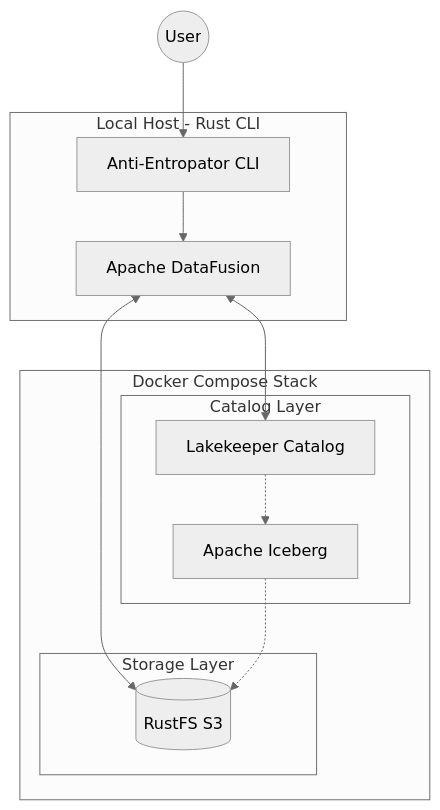
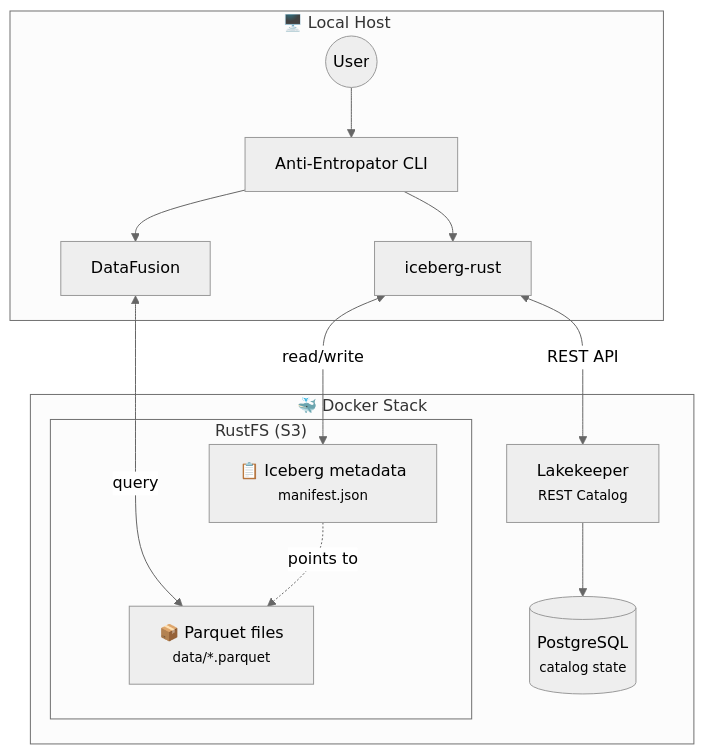
Before and after one commit to sm4rtm4art/anti_entropator: the diagram in README.md, drawn with Mermaid (neutral theme). The commit also changed other lines of this file, not shown here.

Commit message:
feat: fix Iceberg ingest pipeline...

````diff
--- a/README.md
+++ b/README.md
@@ -22,25 +22,28 @@
 ```mermaid
-flowchart TD
-    subgraph client [Local Host - Rust CLI]
-        CLI[Anti-Entropator CLI]
-        DF[Apache DataFusion]
+flowchart TB
+    subgraph local ["🖥️ Local Host"]
+        User((User))
+        CLI["Anti-Entropator CLI"]
+        ICE["iceberg-rust"]
+        DF["DataFusion"]
     end
 
-    subgraph stack [Docker Compose Stack]
-        subgraph catalog [Catalog Layer]
-            Lakekeeper[Lakekeeper Catalog]
-            Iceberg[Apache Iceberg]
-        end
-
-        subgraph storage [Storage Layer]
-            RustFS[(RustFS S3)]
+    subgraph docker ["🐳 Docker Stack"]
+        LK["Lakekeeper<br/><small>REST Catalog</small>"]
+        PG[("PostgreSQL<br/><small>catalog state</small>")]
+        
+        subgraph rustfs ["RustFS (S3)"]
+            META["📋 Iceberg metadata<br/><small>manifest.json</small>"]
+            DATA["📦 Parquet files<br/><small>data/*.parquet</small>"]
         end
     end
 
-    User((User)) --> CLI
+    User --> CLI
+    CLI --> ICE
     CLI --> DF
-    DF <--> RustFS
-    DF <--> Lakekeeper
-    Lakekeeper -.-> Iceberg
-    Iceberg -.-> RustFS
+    ICE <-->|"REST API"| LK
+    ICE <-->|"read/write"| META
+    DF <-->|"query"| DATA
+    LK --> PG
+    META -.->|"points to"| DATA
 ```
````
